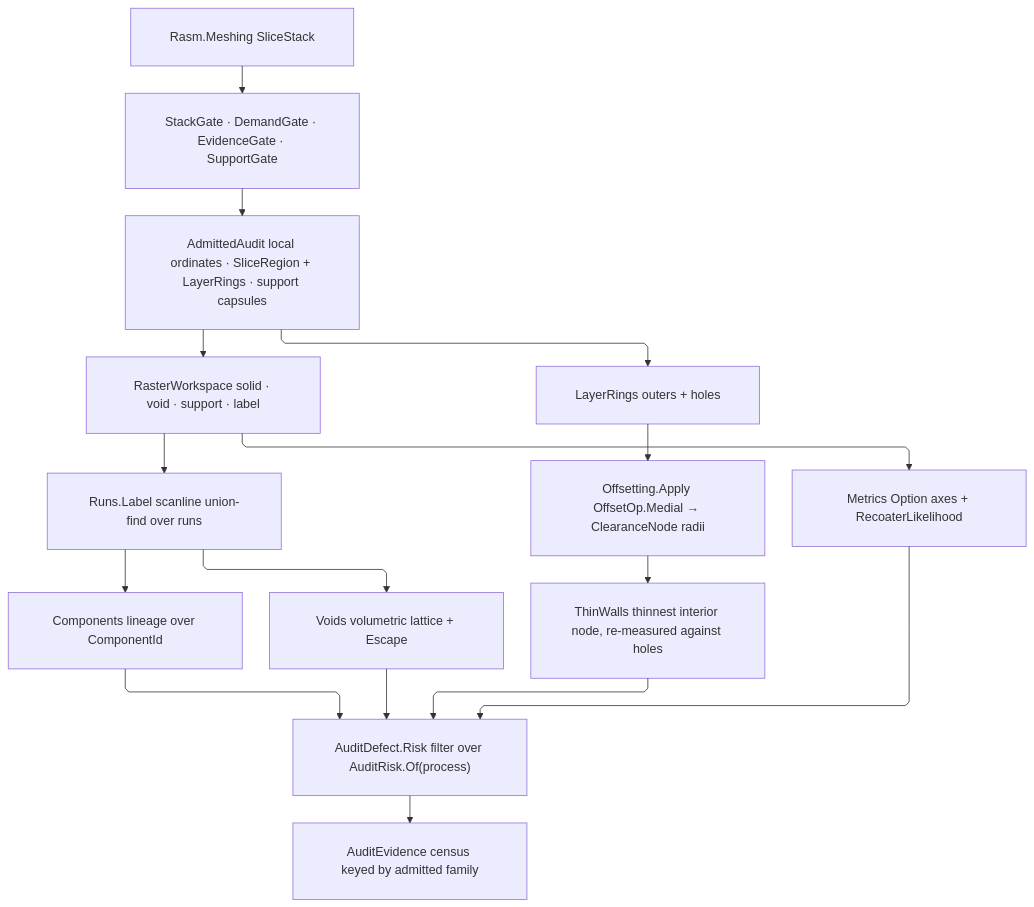
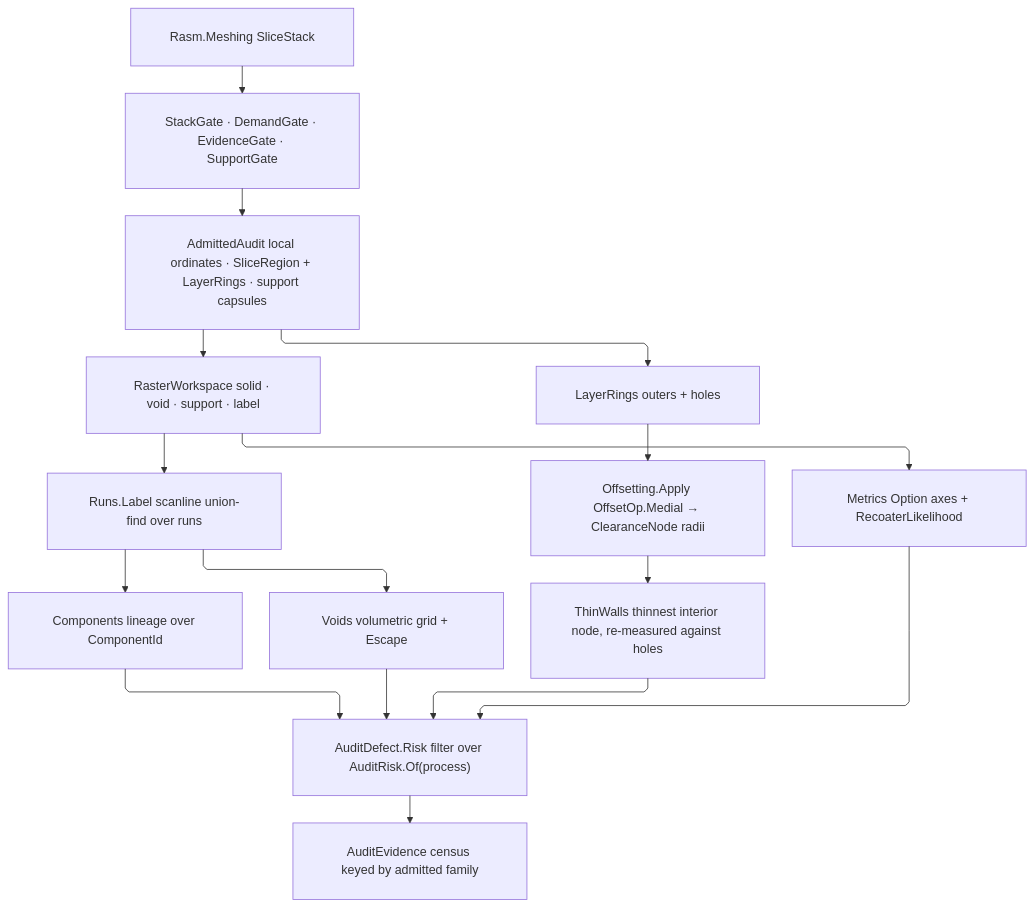
One commit to bsamiee/Rasm changed the diagram in libs/dotnet/Rasm.Fabrication/.planning/Verify/audit.md. Above: the diagram before and after it, drawn with Mermaid. The commit also changed other lines of this file and 1997 other files, not shown here.

````diff
--- a/libs/dotnet/Rasm.Fabrication/.planning/Verify/audit.md
+++ b/libs/dotnet/Rasm.Fabrication/.planning/Verify/audit.md
@@ -1260,27 +1256,27 @@
 ```mermaid
 ---
 config:
   layout: elk
   flowchart:
     curve: linear
     padding: 25
 ---
 flowchart TB
     accTitle: Additive preflight fold
     accDescr: One slice stack admits through channel, demand, evidence, and support gates into a pooled four-plane raster workspace whose run-scanline labeling feeds component lineage, void escape, and layer metrics, while the layer rings feed the kernel medial wavefront for wall thickness, all folding into the risk-filtered defect census.
     Stack["Rasm.Meshing SliceStack"] --> Gates["StackGate · DemandGate · EvidenceGate · SupportGate"]
     Gates --> Admitted["AdmittedAudit local ordinates · SliceRegion + LayerRings · support capsules"]
     Admitted --> Planes["RasterWorkspace solid · void · support · label"]
     Admitted --> Rings["LayerRings outers + holes"]
     Planes --> Label["Runs.Label scanline union-find over runs"]
     Rings --> Field["Offsetting.Apply OffsetOp.Medial → ClearanceNode radii"]
     Label --> Components["Components lineage over ComponentId"]
-    Label --> Voids["Voids volumetric lattice + Escape"]
+    Label --> Voids["Voids volumetric grid + Escape"]
     Field --> Walls["ThinWalls thinnest interior node, re-measured against holes"]
     Planes --> Metrics["Metrics Option axes + RecoaterLikelihood"]
     Components --> Census["AuditDefect.Risk filter over AuditRisk.Of(process)"]
     Voids --> Census
     Walls --> Census
     Metrics --> Census
     Census --> Audit["AuditEvidence census keyed by admitted family"]
 ```
````
